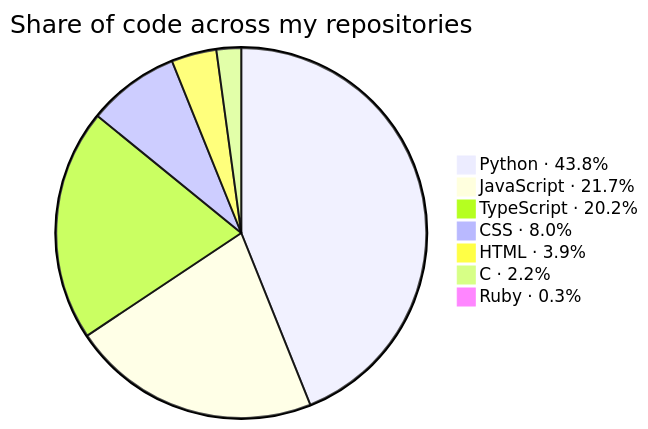
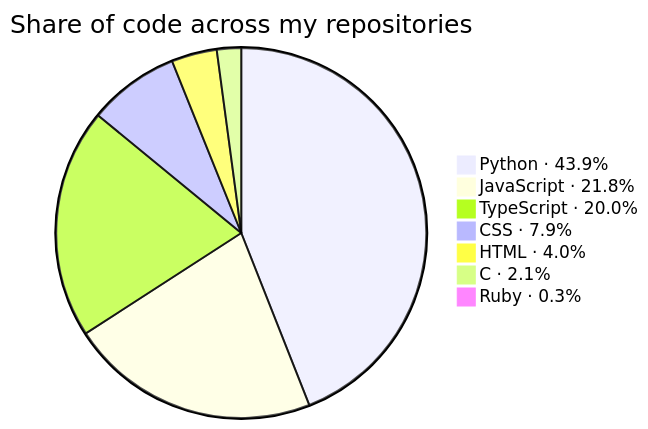
One commit to KathFK1234/KathFK1234 changed the second of 3 diagrams in README.md. Above: the diagram before and after it, drawn with Mermaid. The commit also changed other lines of this file and 5 other files, not shown here.

````diff
--- a/README.md
+++ b/README.md
@@ -109,11 +109,11 @@
 ```mermaid
 %%{init: {"themeVariables": {"pieSectionTextSize": "0px"}}}%%
 pie title Share of code across my repositories
-    "Python · 43.8%" : 1276.6
-    "JavaScript · 21.7%" : 631.6
-    "TypeScript · 20.2%" : 588.0
-    "CSS · 8.0%" : 233.2
-    "HTML · 3.9%" : 114.6
-    "C · 2.2%" : 62.7
+    "Python · 43.9%" : 1300.0
+    "JavaScript · 21.8%" : 645.8
+    "TypeScript · 20.0%" : 592.9
+    "CSS · 7.9%" : 235.2
+    "HTML · 4.0%" : 117.3
+    "C · 2.1%" : 62.7
     "Ruby · 0.3%" : 10.1
 ```
````
